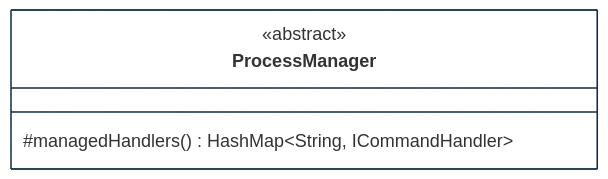
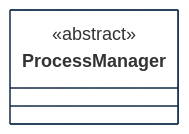
The third of 3 diagrams in implementations-line/framework/domain/designview-structure-models.md (cybnity/foundation), drawn with Mermaid before and after one commit.

````diff
--- a/implementations-line/framework/domain/designview-structure-models.md
+++ b/implementations-line/framework/domain/designview-structure-models.md
@@ -166,28 +167,28 @@
 ```mermaid
 %%{
   init: {
     'theme': 'base',
     'themeVariables': {
         'background': '#ffffff',
         'fontFamily': 'arial',
         'fontSize': '18px',
         'primaryColor': '#fff',
         'primaryBorderColor': '#0e2a43',
         'secondaryBorderColor': '#0e2a43',
         'tertiaryBorderColor': '#0e2a43',
         'edgeLabelBackground':'#0e2a43',
         'lineColor': '#0e2a43',
         'tertiaryColor': '#fff'
     }
   }
 }%%
 classDiagram
     class ProcessManager {
         <<abstract>>
 
 
-        #managedHandlers() HashMap~String, ICommandHandler~
+
     }
 
 
 ```
````
